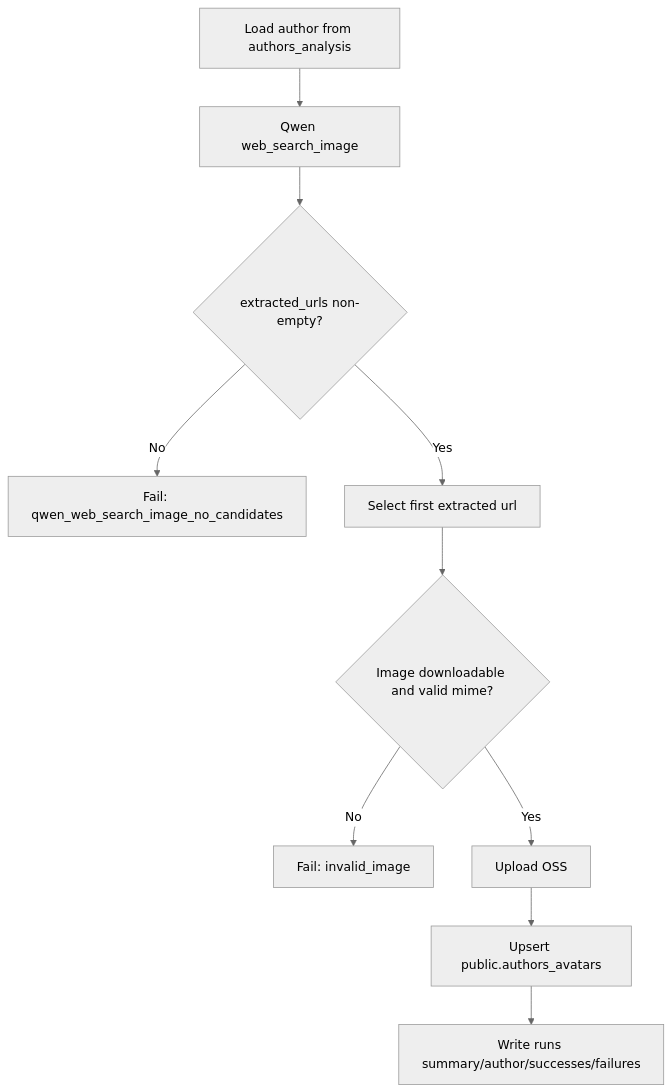
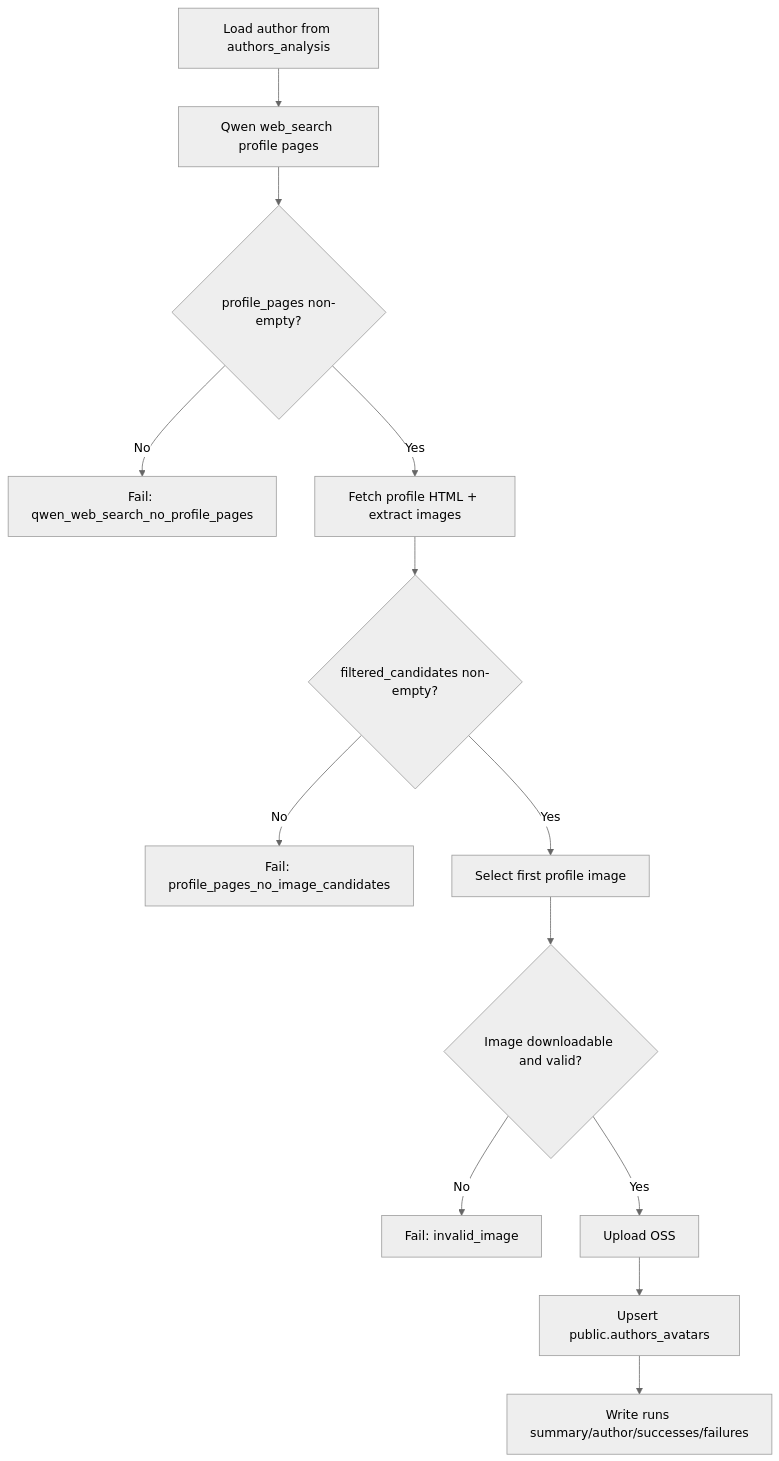
One commit to CharlieHasAHeart/openalex changed the diagram in README.md. Above: the diagram before and after it, drawn with Mermaid (neutral theme). The commit also changed other lines of this file and 11 other files, not shown here.

````diff
--- a/README.md
+++ b/README.md
@@ -28,12 +31,15 @@
 ```mermaid
 flowchart TD
-    A[Load author from authors_analysis] --> B[Qwen web_search_image]
-    B --> C{extracted_urls non-empty?}
-    C -- No --> Z1[Fail: qwen_web_search_image_no_candidates]
-    C -- Yes --> D[Select first extracted url]
-    D --> E{Image downloadable and valid mime?}
-    E -- No --> Z2[Fail: invalid_image]
-    E -- Yes --> F[Upload OSS]
-    F --> G[Upsert public.authors_avatars]
-    G --> H[Write runs summary/author/successes/failures]
+    A[Load author from authors_analysis] --> B[Qwen web_search profile pages]
+    B --> C{profile_pages non-empty?}
+    C -- No --> Z1[Fail: qwen_web_search_no_profile_pages]
+    C -- Yes --> D[Fetch profile HTML + extract images]
+    D --> E{filtered_candidates non-empty?}
+    E -- No --> Z2[Fail: profile_pages_no_image_candidates]
+    E -- Yes --> F[Select first profile image]
+    F --> G{Image downloadable and valid?}
+    G -- No --> Z3[Fail: invalid_image]
+    G -- Yes --> H[Upload OSS]
+    H --> I[Upsert public.authors_avatars]
+    I --> J[Write runs summary/author/successes/failures]
 ```
````
